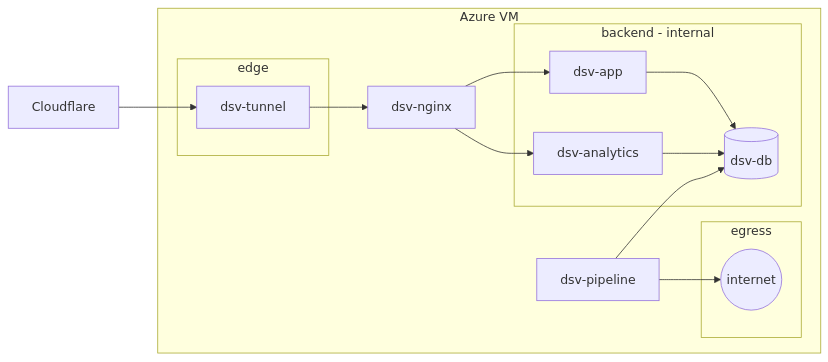
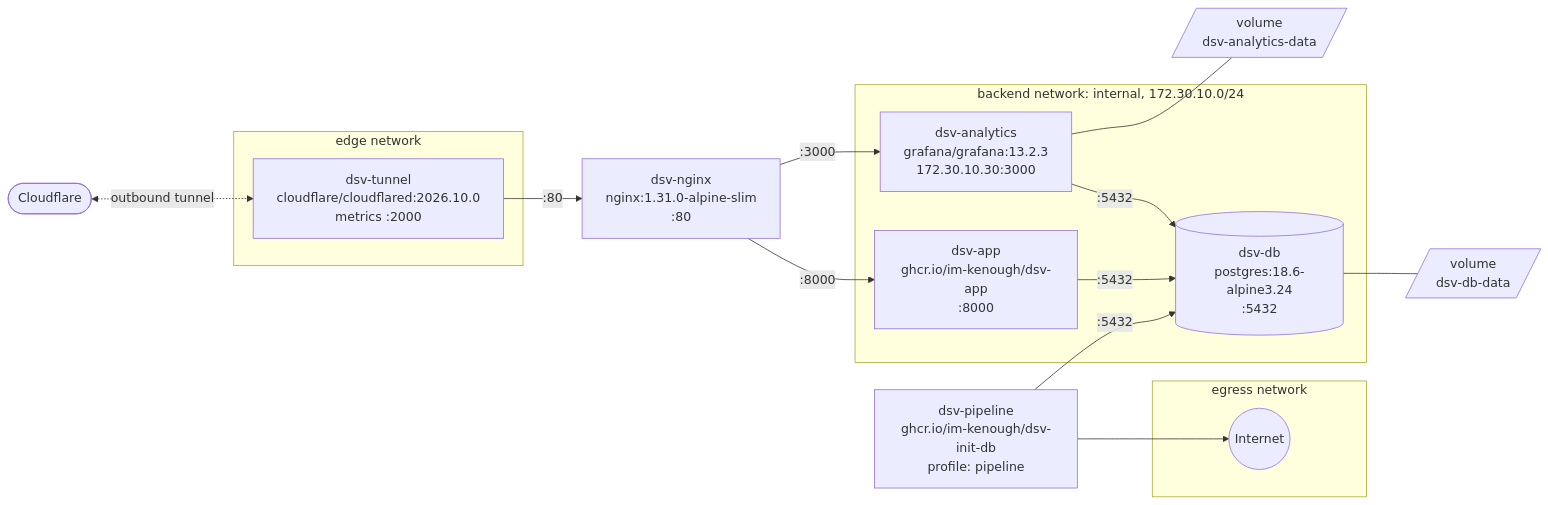
The second of 2 diagrams in docs-new/ref/2-app-architecture.md (im-kenough/DineSafeViz), drawn with Mermaid before and after one commit. The commit also changed other lines of this file, not shown here.

Commit message:
update app architecture diagrams

````diff
--- a/docs-new/ref/2-app-architecture.md
+++ b/docs-new/ref/2-app-architecture.md
@@ -81,32 +61,35 @@
 ```mermaid
 flowchart LR
-    cf[Cloudflare] --> tunnel
+    cf([Cloudflare]) <-. "outbound tunnel" .-> tunnel
 
-    subgraph vm[Azure VM]
-        subgraph edge[edge]
-            tunnel[dsv-tunnel]
-        end
-
-        nginx[dsv-nginx]
-
-        subgraph backend[backend - internal]
-            app[dsv-app]
-            analytics[dsv-analytics]
-            db[(dsv-db)]
-        end
-
-        pipeline[dsv-pipeline]
-
-        subgraph egress[egress]
-            out((internet))
-        end
+    subgraph edge["edge network"]
+        tunnel["dsv-tunnel<br/>cloudflare/cloudflared:2026.10.0<br/>metrics :2000"]
     end
 
-    tunnel --> nginx
-    nginx --> app
-    nginx --> analytics
-    app --> db
-    analytics --> db
-    pipeline --> db
-    pipeline --> out
+    nginx["dsv-nginx<br/>nginx:1.31.0-alpine-slim<br/>:80"]
+
+    subgraph backend["backend network: internal, 172.30.10.0/24"]
+        app["dsv-app<br/>ghcr.io/im-kenough/dsv-app<br/>:8000"]
+        analytics["dsv-analytics<br/>grafana/grafana:13.2.3<br/>172.30.10.30:3000"]
+        db[("dsv-db<br/>postgres:18.6-alpine3.24<br/>:5432")]
+    end
+
+    pipeline["dsv-pipeline<br/>ghcr.io/im-kenough/dsv-init-db<br/>profile: pipeline"]
+
+    subgraph egress["egress network"]
+        internet((Internet))
+    end
+
+    dbvol[/"volume<br/>dsv-db-data"/]
+    gvol[/"volume<br/>dsv-analytics-data"/]
+
+    tunnel -- ":80" --> nginx
+    nginx -- ":8000" --> app
+    nginx -- ":3000" --> analytics
+    app -- ":5432" --> db
+    analytics -- ":5432" --> db
+    pipeline -- ":5432" --> db
+    pipeline --> internet
+    db --- dbvol
+    analytics --- gvol
 ```
````
